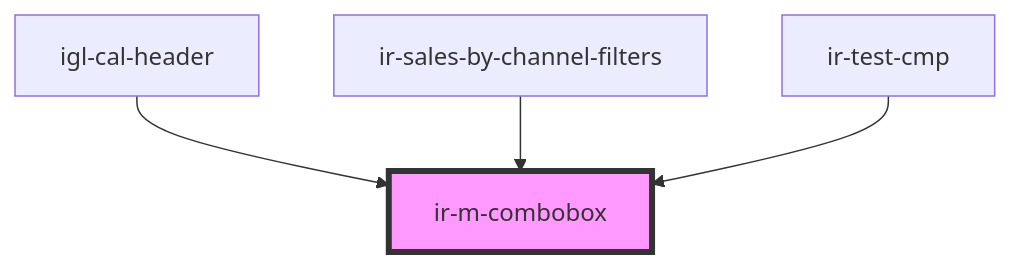
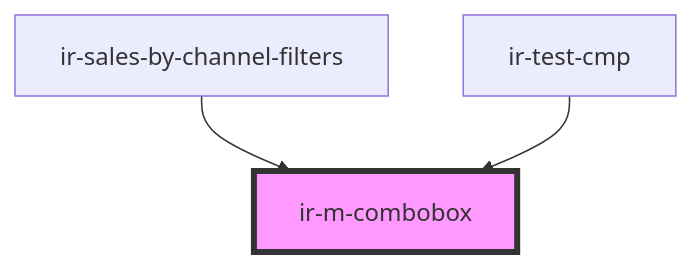
Before and after one commit to David1Chowaifaty/modified-ir-webcmp: the diagram in src/components/ir-m-combobox/readme.md, drawn with Mermaid. The commit also changed other lines of this file and 26 other files, not shown here.

````diff
--- a/src/components/ir-m-combobox/readme.md
+++ b/src/components/ir-m-combobox/readme.md
@@ -57,7 +56,6 @@
 ```mermaid
 graph TD;
-  igl-cal-header --> ir-m-combobox
   ir-sales-by-channel-filters --> ir-m-combobox
   ir-test-cmp --> ir-m-combobox
   style ir-m-combobox fill:#f9f,stroke:#333,stroke-width:4px
 ```
````
